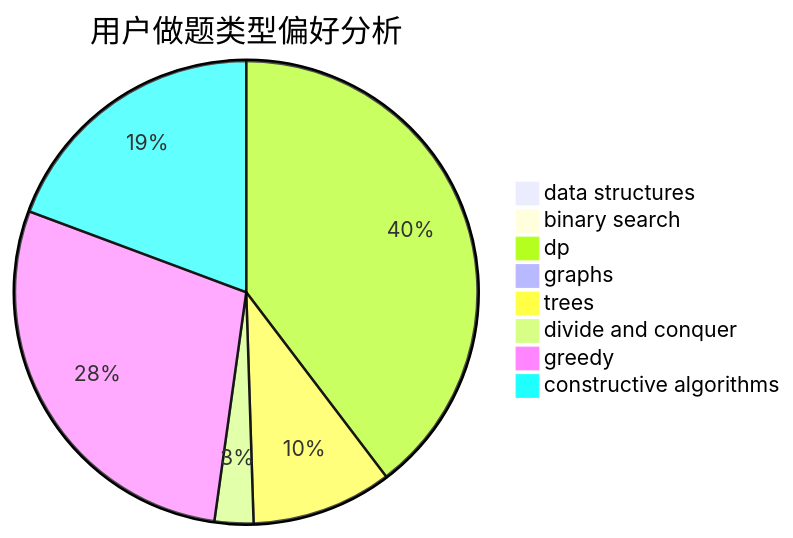
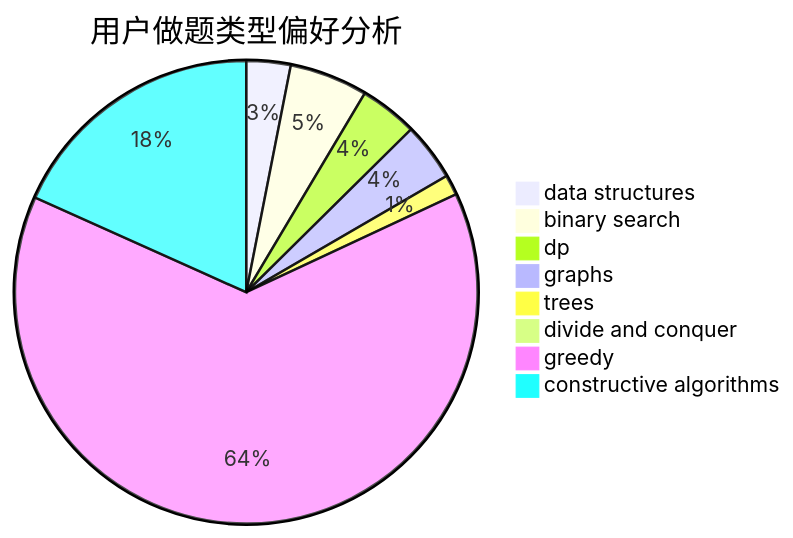
One commit to sherpahu/cfrs.github.io changed the second of 3 diagrams in docs/user/u1951.md. Above: the diagram before and after it, drawn with Mermaid. The commit also changed other lines of this file and 2770 other files, not shown here.

````diff
--- a/docs/user/u1951.md
+++ b/docs/user/u1951.md
@@ -23,11 +23,11 @@
 ```mermaid
 pie title 用户做题类型偏好分析
-    "data structures" :  0
-    "binary search" :  0
-    "dp" :  117
-    "graphs" :  0
-    "trees" :  29
-    "divide and conquer" :  8
-    "greedy" :  84
-    "constructive algorithms" :  57
+    "data structures" :  13
+    "binary search" :  23
+    "dp" :  17
+    "graphs" :  17
+    "trees" :  6
+    "divide and conquer" :  0
+    "greedy" :  268
+    "constructive algorithms" :  77
 ```
````
